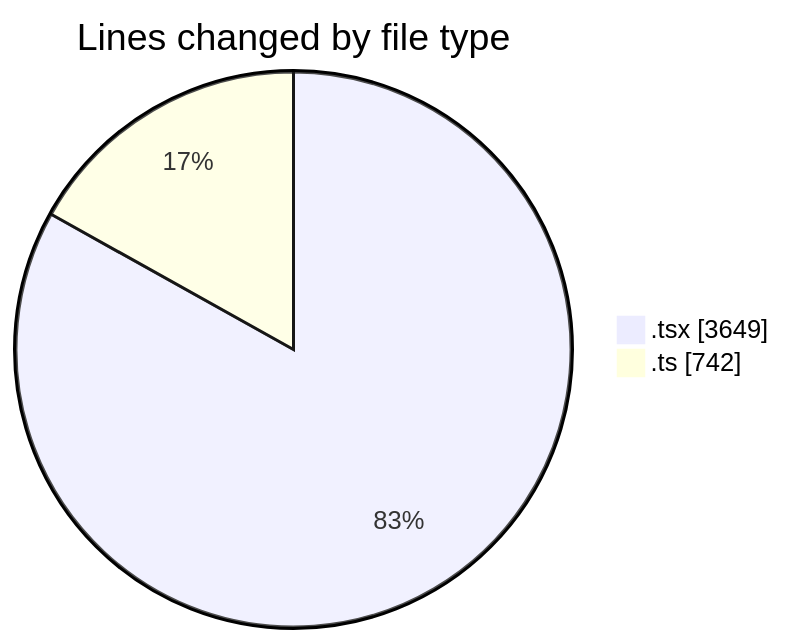
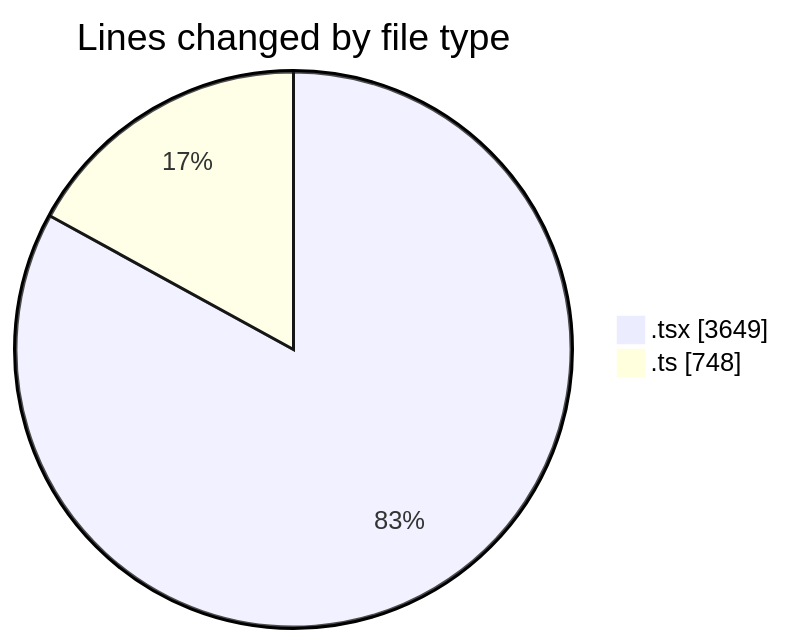
The first of 2 diagrams in 2026-04-23/nxtqube_webapp/README.md (nxtqubesakshisongat/code-tracking), drawn with Mermaid before and after one commit. The commit also changed other lines of this file and 1 other file, not shown here.

````diff
--- a/2026-04-23/nxtqube_webapp/README.md
+++ b/2026-04-23/nxtqube_webapp/README.md
@@ -25,6 +25,6 @@
 ```mermaid
 pie showData
 title Lines changed by file type
 ".tsx" : 3649
-".ts" : 742
+".ts" : 748
 ```
````
